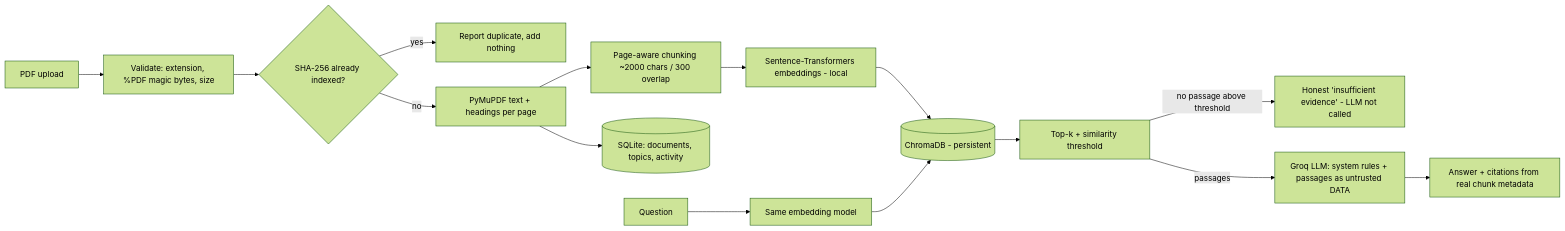
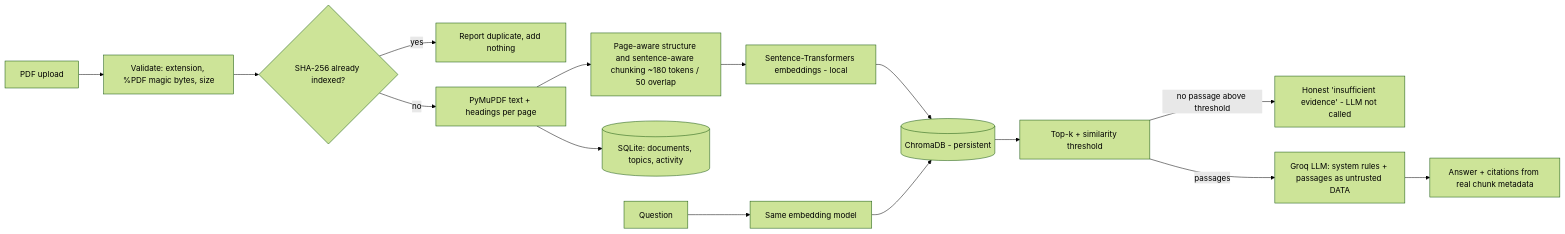
Before and after one commit to pavanbadigerT35/Document-AI-Assistant: the diagram in README.md, drawn with Mermaid (forest theme). The commit also changed other lines of this file and 7 other files, not shown here.

````diff
--- a/README.md
+++ b/README.md
@@ -22,16 +22,16 @@
 ```mermaid
 flowchart LR
   U[PDF upload] --> V[Validate: extension, %PDF magic bytes, size]
   V --> H{SHA-256 already indexed?}
   H -- yes --> D[Report duplicate, add nothing]
   H -- no --> X[PyMuPDF text + headings per page]
-  X --> C[Page-aware chunking ~2000 chars / 300 overlap]
+  X --> C[Page-aware structure and sentence-aware chunking ~180 tokens / 50 overlap]
   C --> E[Sentence-Transformers embeddings - local]
   E --> S[(ChromaDB - persistent)]
   X --> M[(SQLite: documents, topics, activity)]
   Q[Question] --> E2[Same embedding model] --> S
   S --> R[Top-k + similarity threshold]
   R -- no passage above threshold --> I[Honest 'insufficient evidence' - LLM not called]
   R -- passages --> L[Groq LLM: system rules + passages as untrusted DATA]
   L --> A[Answer + citations from real chunk metadata]
 ```
````
